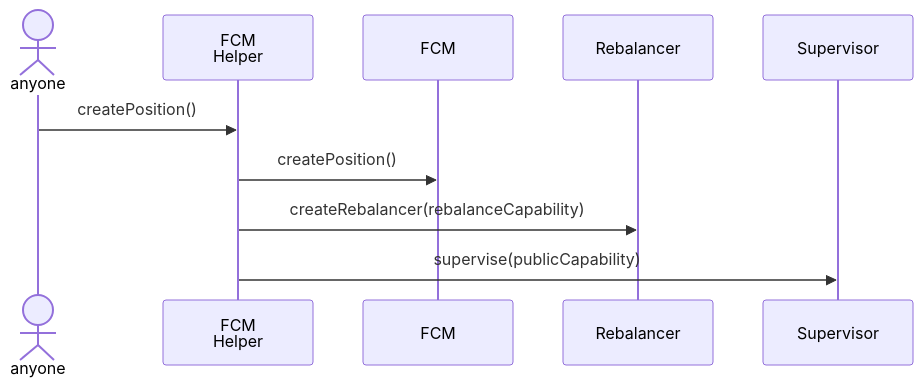
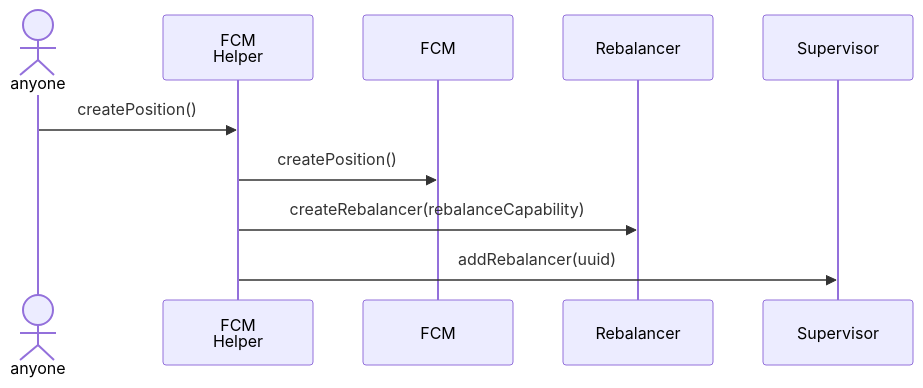
One commit to onflow/FlowALP changed the first of 2 diagrams in RebalanceArchitecture.md. Above: the diagram before and after it, drawn with Mermaid. The commit also changed other lines of this file and 7 other files, not shown here.

````diff
--- a/RebalanceArchitecture.md
+++ b/RebalanceArchitecture.md
@@ -27,12 +25,12 @@
 ```mermaid
 sequenceDiagram
     actor anyone
     participant FCMHelper as FCM<br/>Helper
     participant FCM
     participant AB as Rebalancer
     participant Supervisor
     anyone->>FCMHelper: createPosition()
     FCMHelper->>FCM: createPosition()
     FCMHelper->>AB: createRebalancer(rebalanceCapability)
-    FCMHelper->>Supervisor: supervise(publicCapability)
+    FCMHelper->>Supervisor: addRebalancer(uuid)
 ```
````
